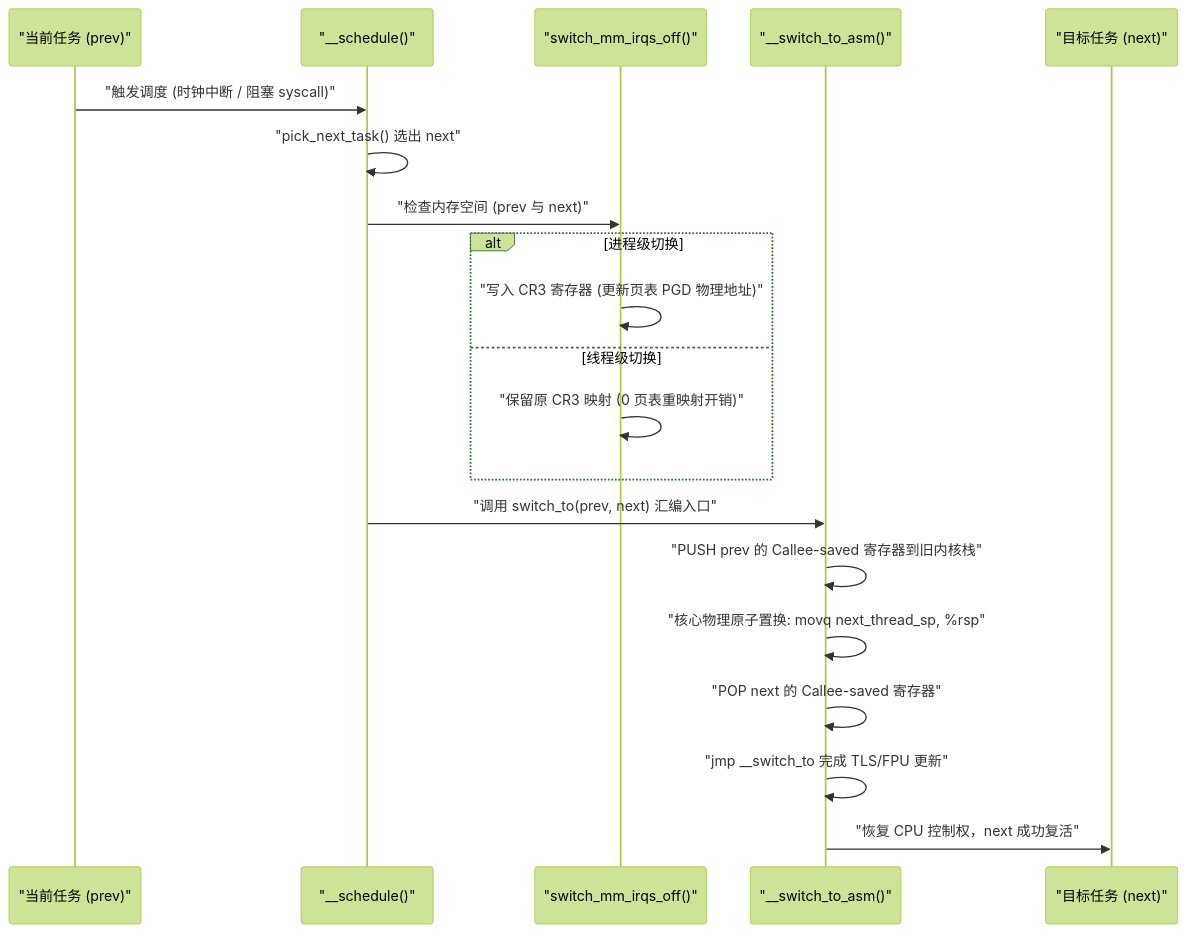
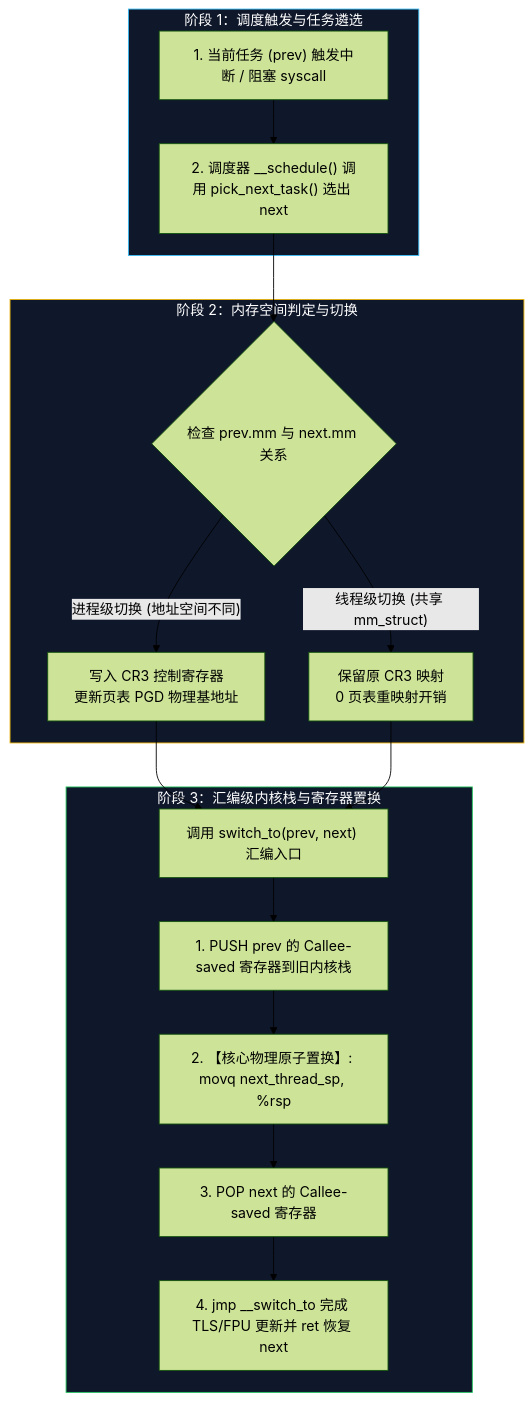
One commit to MoreConsequence/MoreConsequence.github.io changed the third of 8 diagrams in content/posts/understanding-context-switching-from-cpu-to-goroutines.md. Above: the diagram before and after it, drawn with Mermaid (forest theme). The commit also changed other lines of this file and 3 other files, not shown here.

Commit message:
fix(blog): 修复上下文切换博文的图片溢出、Mermaid 渲染、CSS 结构及相邻文章排版问题

````diff
--- a/content/posts/understanding-context-switching-from-cpu-to-goroutines.md
+++ b/content/posts/understanding-context-switching-from-cpu-to-goroutines.md
@@ -109,23 +109,25 @@
 ```mermaid
-sequenceDiagram
-    participant Prev as "当前任务 (prev)"
-    participant Sched as "__schedule()"
-    participant MM as "switch_mm_irqs_off()"
-    participant ASM as "__switch_to_asm()"
-    participant Next as "目标任务 (next)"
+flowchart TB
+    subgraph Step1["阶段 1：调度触发与任务遴选"]
+        A["1. 当前任务 (prev) 触发中断 / 阻塞 syscall"] --> B["2. 调度器 __schedule() 调用 pick_next_task() 选出 next"]
+    end
 
-    Prev->>Sched: "触发调度 (时钟中断 / 阻塞 syscall)"
-    Sched->>Sched: "pick_next_task() 选出 next"
-    Sched->>MM: "检查内存空间 (prev 与 next)"
-    alt 进程级切换
-        MM->>MM: "写入 CR3 寄存器 (更新页表 PGD 物理地址)"
-    else 线程级切换
-        MM->>MM: "保留原 CR3 映射 (0 页表重映射开销)"
+    subgraph Step2["阶段 2：内存空间判定与切换"]
+        B --> C{"检查 prev.mm 与 next.mm 关系"}
+        C -- "进程级切换 (地址空间不同)" --> D["写入 CR3 控制寄存器<br/>更新页表 PGD 物理基地址"]
+        C -- "线程级切换 (共享 mm_struct)" --> E["保留原 CR3 映射<br/>0 页表重映射开销"]
     end
-    Sched->>ASM: "调用 switch_to(prev, next) 汇编入口"
-    ASM->>ASM: "PUSH prev 的 Callee-saved 寄存器到旧内核栈"
-    ASM->>ASM: "核心物理原子置换: movq next_thread_sp, %rsp"
-    ASM->>ASM: "POP next 的 Callee-saved 寄存器"
-    ASM->>ASM: "jmp __switch_to 完成 TLS/FPU 更新"
-    ASM->>Next: "恢复 CPU 控制权，next 成功复活"
+
+    subgraph Step3["阶段 3：汇编级内核栈与寄存器置换"]
+        D --> F["调用 switch_to(prev, next) 汇编入口"]
+        E --> F
+        F --> G["1. PUSH prev 的 Callee-saved 寄存器到旧内核栈"]
+        G --> H["2. 【核心物理原子置换】: movq next_thread_sp, %rsp"]
+        H --> I["3. POP next 的 Callee-saved 寄存器"]
+        I --> J["4. jmp __switch_to 完成 TLS/FPU 更新并 ret 恢复 next"]
+    end
+
+    style Step1 fill:#0f172a,stroke:#38bdf8,color:#fff
+    style Step2 fill:#0f172a,stroke:#eab308,color:#fff
+    style Step3 fill:#0f172a,stroke:#22c55e,color:#fff
 ```
````
